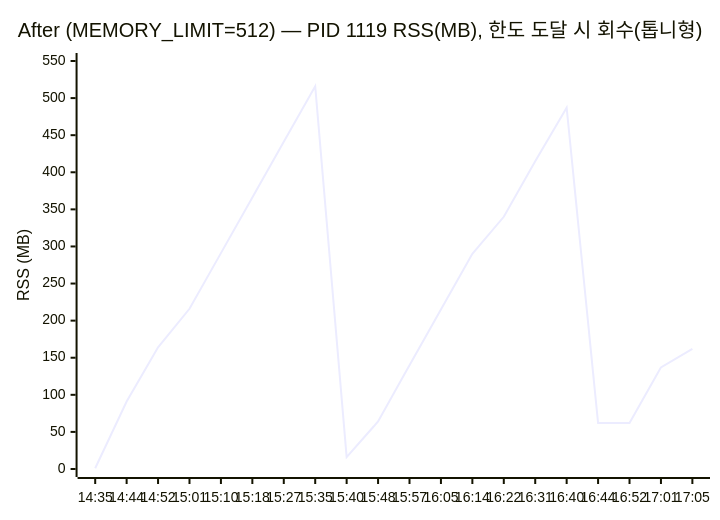
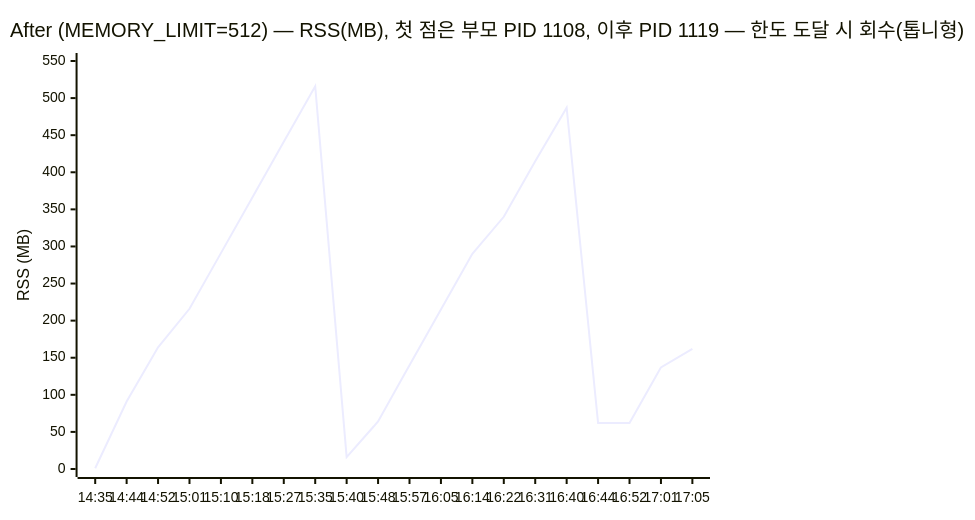
One commit to zxcv718/b4-2 changed the second of 2 diagrams in issues/01-oom.md. Above: the diagram before and after it, drawn with Mermaid. The commit also changed other lines of this file and 6 other files, not shown here.

````diff
--- a/issues/01-oom.md
+++ b/issues/01-oom.md
@@ -110,7 +110,7 @@
 ```mermaid
 xychart-beta
-  title "After (MEMORY_LIMIT=512) — PID 1119 RSS(MB), 한도 도달 시 회수(톱니형)"
+  title "After (MEMORY_LIMIT=512) — RSS(MB), 첫 점은 부모 PID 1108, 이후 PID 1119 — 한도 도달 시 회수(톱니형)"
   x-axis ["14:35","14:44","14:52","15:01","15:10","15:18","15:27","15:35","15:40","15:48","15:57","16:05","16:14","16:22","16:31","16:40","16:44","16:52","17:01","17:05"]
   y-axis "RSS (MB)" 0 --> 550
   line [1,91,164,216,291,366,441,516,16,64,140,215,290,340,415,487,62,62,137,162]
 ```
````
